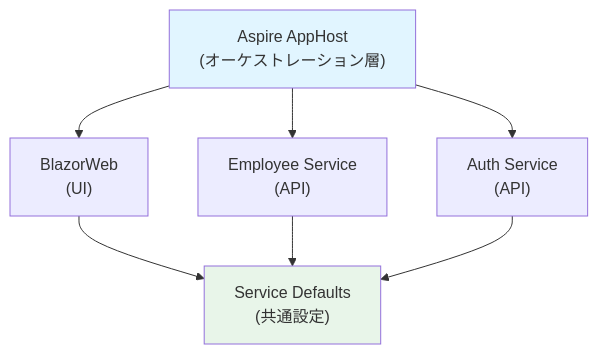
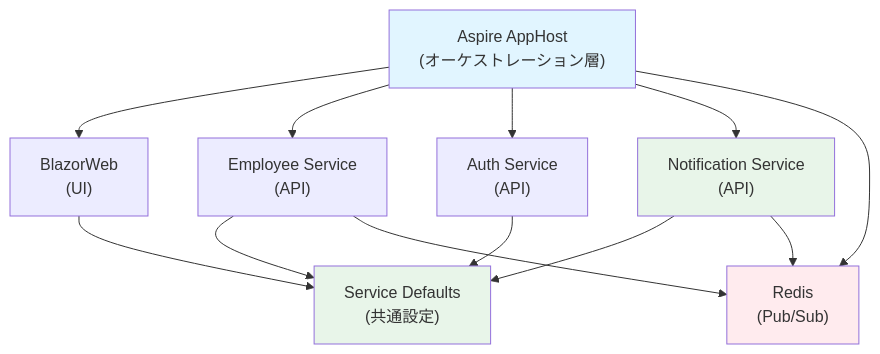
The first of 4 diagrams in docs/architecture.md (runceel/DotnetEmployeeManagementSystem), drawn with Mermaid before and after one commit. The commit also changed other lines of this file and 5 other files, not shown here.

Commit message:
Add notification service references to architecture documentation

````diff
--- a/docs/architecture.md
+++ b/docs/architecture.md
@@ -9,15 +9,23 @@
 ```mermaid
 graph TB
     AppHost["Aspire AppHost<br/>(オーケストレーション層)"]
     
     AppHost --> BlazorWeb["BlazorWeb<br/>(UI)"]
     AppHost --> EmployeeService["Employee Service<br/>(API)"]
     AppHost --> AuthService["Auth Service<br/>(API)"]
+    AppHost --> NotificationService["Notification Service<br/>(API)"]
+    AppHost --> Redis["Redis<br/>(Pub/Sub)"]
     
     BlazorWeb --> ServiceDefaults["Service Defaults<br/>(共通設定)"]
     EmployeeService --> ServiceDefaults
     AuthService --> ServiceDefaults
+    NotificationService --> ServiceDefaults
+    
+    EmployeeService --> Redis
+    NotificationService --> Redis
     
     style AppHost fill:#e1f5ff
     style ServiceDefaults fill:#e8f5e9
+    style Redis fill:#ffebee
+    style NotificationService fill:#e8f5e9
 ```
````
